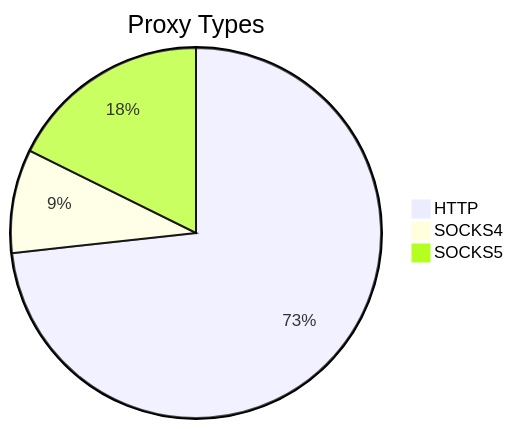
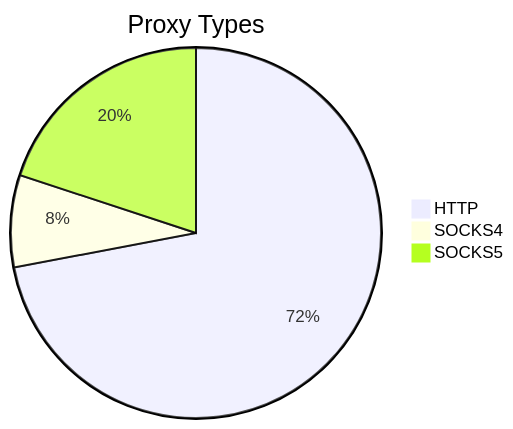
One commit to stormsia/proxy-list changed the first of 2 diagrams in README.md. Above: the diagram before and after it, drawn with Mermaid. The commit also changed other lines of this file, not shown here.

````diff
--- a/README.md
+++ b/README.md
@@ -21,6 +21,6 @@
 ```mermaid
 pie title Proxy Types
-    "HTTP" : 348
-    "SOCKS4" : 43
-    "SOCKS5" : 84
+    "HTTP" : 260
+    "SOCKS4" : 29
+    "SOCKS5" : 72
 ```
````
